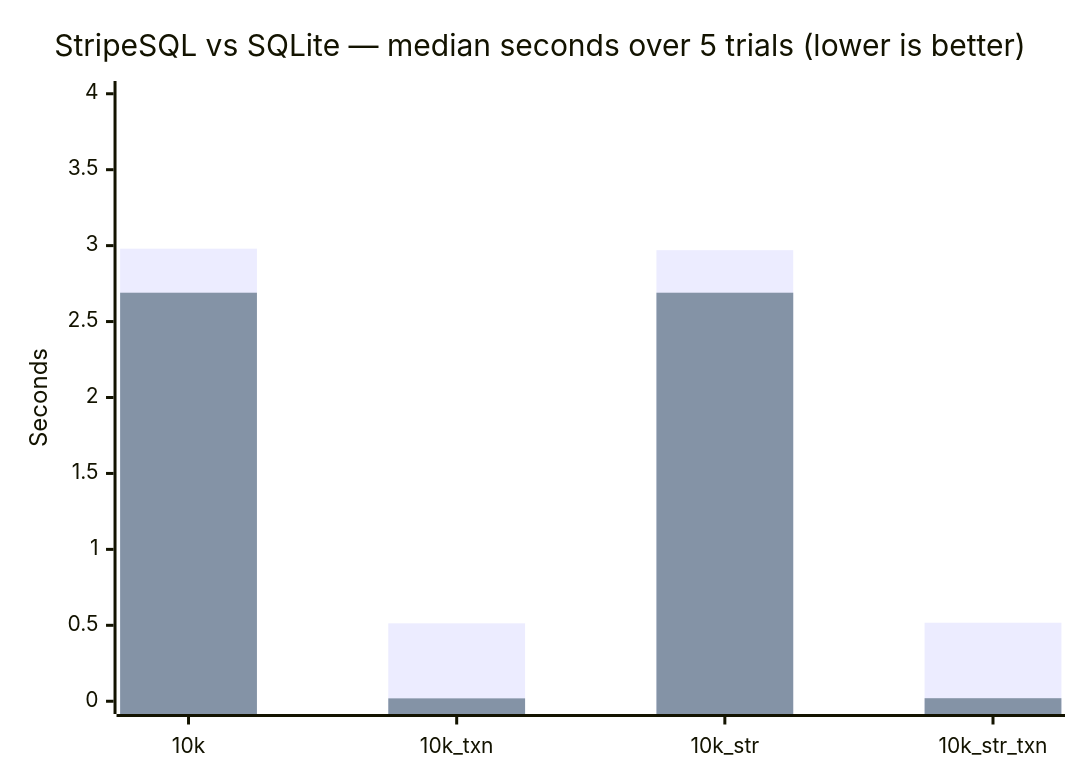
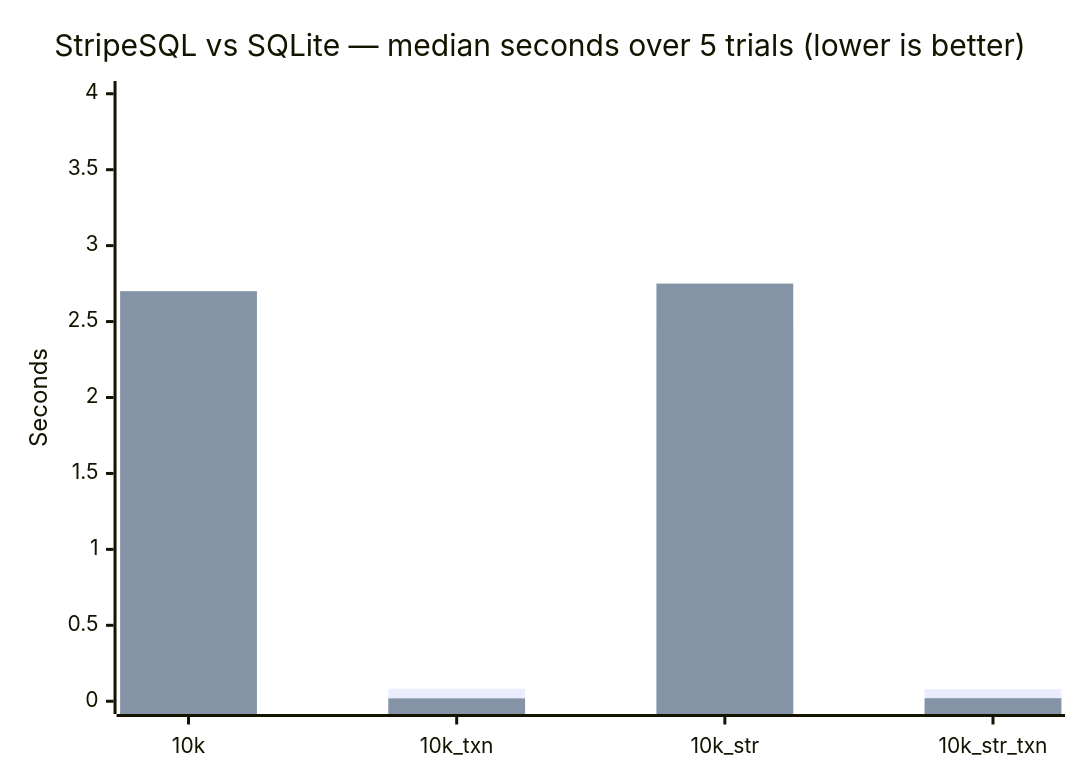
Before and after one commit to ekothavale/StripeSQL: the diagram in README.md, drawn with Mermaid. The commit also changed other lines of this file and 18 other files, not shown here.

````diff
--- a/README.md
+++ b/README.md
@@ -342,8 +345,8 @@
 ```mermaid
 xychart-beta
     title "StripeSQL vs SQLite — median seconds over 5 trials (lower is better)"
     x-axis ["10k", "10k_txn", "10k_str", "10k_str_txn"]
     y-axis "Seconds" 0 --> 4
-    bar "StripeSQL" [2.98, 0.513, 2.97, 0.517]
-    bar "SQLite" [2.69, 0.019, 2.69, 0.020]
+    bar "StripeSQL" [2.44, 0.082, 2.47, 0.079]
+    bar "SQLite" [2.70, 0.019, 2.75, 0.020]
 ```
````
